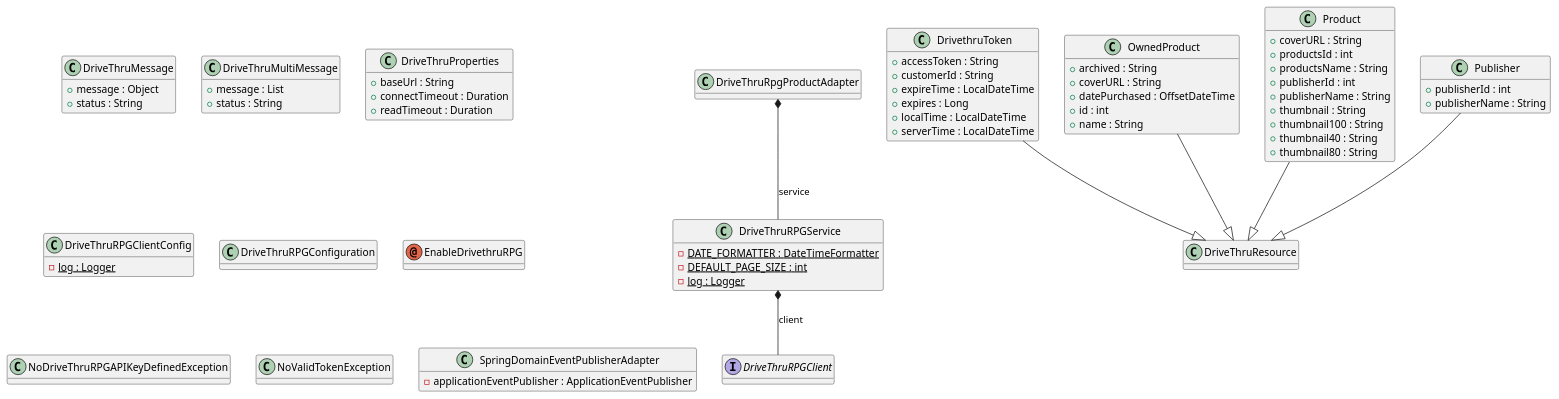
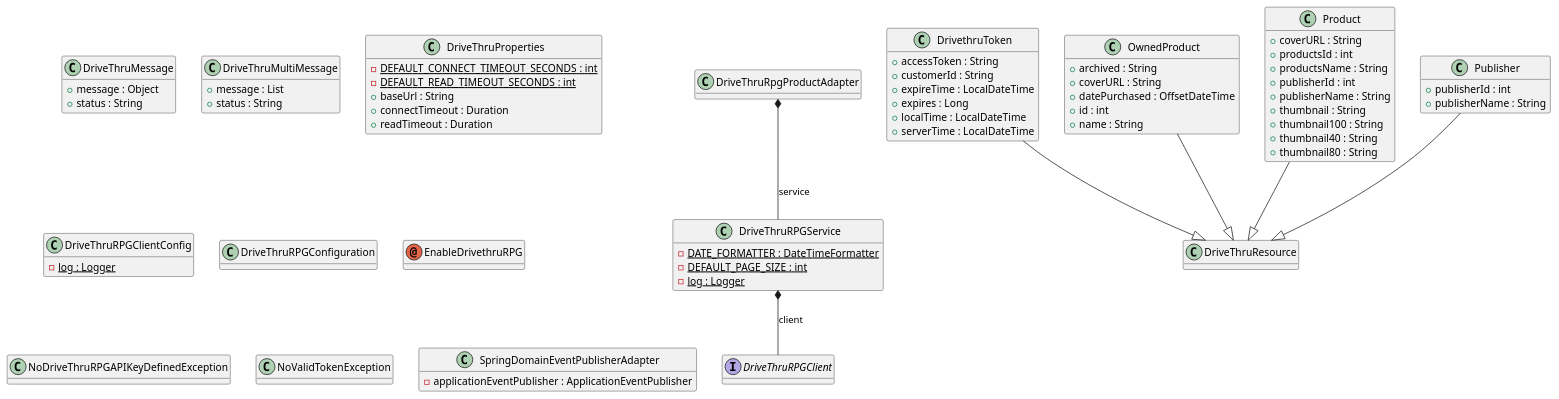
One commit to Paladins-Inn/torg-codex changed the diagram in docs/modules/arc42/images/uml/classes/torg-codex-application-drivethru.puml. Above: the diagram before and after it, drawn with PlantUML. The commit also changed 58 other files, not shown here.

```diff
--- a/docs/modules/arc42/images/uml/classes/torg-codex-application-drivethru.puml
+++ b/docs/modules/arc42/images/uml/classes/torg-codex-application-drivethru.puml
@@ -1,154 +1,156 @@
 @startuml
 
 class DriveThruMessage {
 	{field} +message : Object
 	{field} +status : String
 	{method} #canEqual ( other : Object ) : boolean
 	{method} +equals ( o : Object ) : boolean
 	{method} +getData () : Optional
 	{method} +hashCode () : int
 	{method} +toString () : String
 }
 
 
 class DriveThruMultiMessage {
 	{field} +message : List
 	{field} +status : String
 	{method} #canEqual ( other : Object ) : boolean
 	{method} +equals ( o : Object ) : boolean
 	{method} +getData () : List
 	{method} +hashCode () : int
 	{method} +toString () : String
 }
 
 
 class DriveThruProperties {
+	{field} {static} -DEFAULT_CONNECT_TIMEOUT_SECONDS : int
+	{field} {static} -DEFAULT_READ_TIMEOUT_SECONDS : int
 	{field} +baseUrl : String
 	{field} +connectTimeout : Duration
 	{field} +readTimeout : Duration
 }
 
 
 interface DriveThruRPGClient {
 	{method}  {abstract} +getOwnedProducts ( bearerToken : String , customerId : String , page : int , pageSize : int , archived : int ) : DriveThruMultiMessage
 	{method}  {abstract} +getProduct ( productId : String ) : DriveThruMessage
 	{method}  {abstract} +getPublisher ( publisherId : String ) : DriveThruMessage
 	{method}  {abstract} +getToken ( authorization : String ) : DriveThruMessage
 }
 
 
 class DriveThruRPGClientConfig {
 	{field} {static} -log : Logger
 	{method} -createRequestFactory ( connectTimeout : Duration , readTimeout : Duration ) : SimpleClientHttpRequestFactory
 	{method} +driveThruRPGClient ( properties : DriveThruProperties ) : DriveThruRPGClient
 }
 
 
 class DriveThruRPGConfiguration {
 }
 
 
 class DriveThruRPGService {
 	{field} {static} -DATE_FORMATTER : DateTimeFormatter
 	{field} {static} -DEFAULT_PAGE_SIZE : int
 	{field} {static} -log : Logger
 	{method} +getIdsOfOwnedProducts ( token : DrivethruToken ) : List
 	{method} +getOwnedProducts ( token : DrivethruToken , page : int , pageSize : int , archived : int ) : List
 	{method} +getOwnedProducts ( apiKey : String , page : int , pageSize : int , archived : int ) : List
 	{method} +getProduct ( productId : String ) : Optional
 	{method} +getPublisher ( publisherId : String ) : Optional
 	{method} +getToken ( apiKey : String ) : DrivethruToken
 	{method} -parse ( raw : String ) : LocalDateTime
 }
 
 
 class DriveThruResource {
 }
 
 
 class DriveThruRpgProductAdapter {
 	{method} +findProduct ( productId : String ) : Optional
 	{method} -toDomain ( product : Product ) : CatalogProduct
 }
 
 
 class DrivethruToken {
 	{field} +accessToken : String
 	{field} +customerId : String
 	{field} +expireTime : LocalDateTime
 	{field} +expires : Long
 	{field} +localTime : LocalDateTime
 	{field} +serverTime : LocalDateTime
 	{method} +getBearerToken () : String
 	{method} +toString () : String
 }
 
 
 annotation EnableDrivethruRPG
 
 class NoDriveThruRPGAPIKeyDefinedException {
 }
 
 
 class NoValidTokenException {
 }
 
 
 class OwnedProduct {
 	{field} +archived : String
 	{field} +coverURL : String
 	{field} +datePurchased : OffsetDateTime
 	{field} +id : int
 	{field} +name : String
 	{method} #canEqual ( other : Object ) : boolean
 	{method} +equals ( o : Object ) : boolean
 	{method} +hashCode () : int
 	{method} +toString () : String
 }
 
 
 class Product {
 	{field} +coverURL : String
 	{field} +productsId : int
 	{field} +productsName : String
 	{field} +publisherId : int
 	{field} +publisherName : String
 	{field} +thumbnail : String
 	{field} +thumbnail100 : String
 	{field} +thumbnail40 : String
 	{field} +thumbnail80 : String
 	{method} #canEqual ( other : Object ) : boolean
 	{method} +equals ( o : Object ) : boolean
 	{method} +hashCode () : int
 	{method} +toString () : String
 }
 
 
 class Publisher {
 	{field} +publisherId : int
 	{field} +publisherName : String
 	{method} #canEqual ( other : Object ) : boolean
 	{method} +equals ( o : Object ) : boolean
 	{method} +hashCode () : int
 	{method} +toString () : String
 }
 
 
 class SpringDomainEventPublisherAdapter {
 	{field} -applicationEventPublisher : ApplicationEventPublisher
 	{method} +publish ( event : DomainEvent ) : void
 }
 
 
 
 
 DriveThruRPGService *--  DriveThruRPGClient : client
 DriveThruRpgProductAdapter *--  DriveThruRPGService : service
 DrivethruToken --|>  DriveThruResource
 OwnedProduct --|>  DriveThruResource
 Product --|>  DriveThruResource
 Publisher --|>  DriveThruResource
 
 hide methods
 
 @enduml
```
